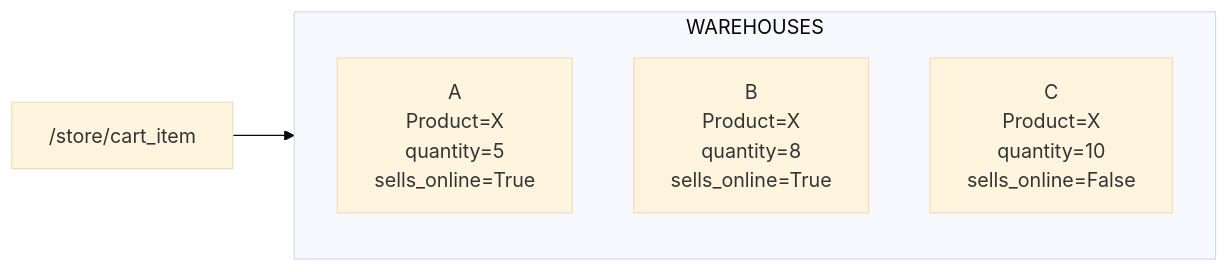
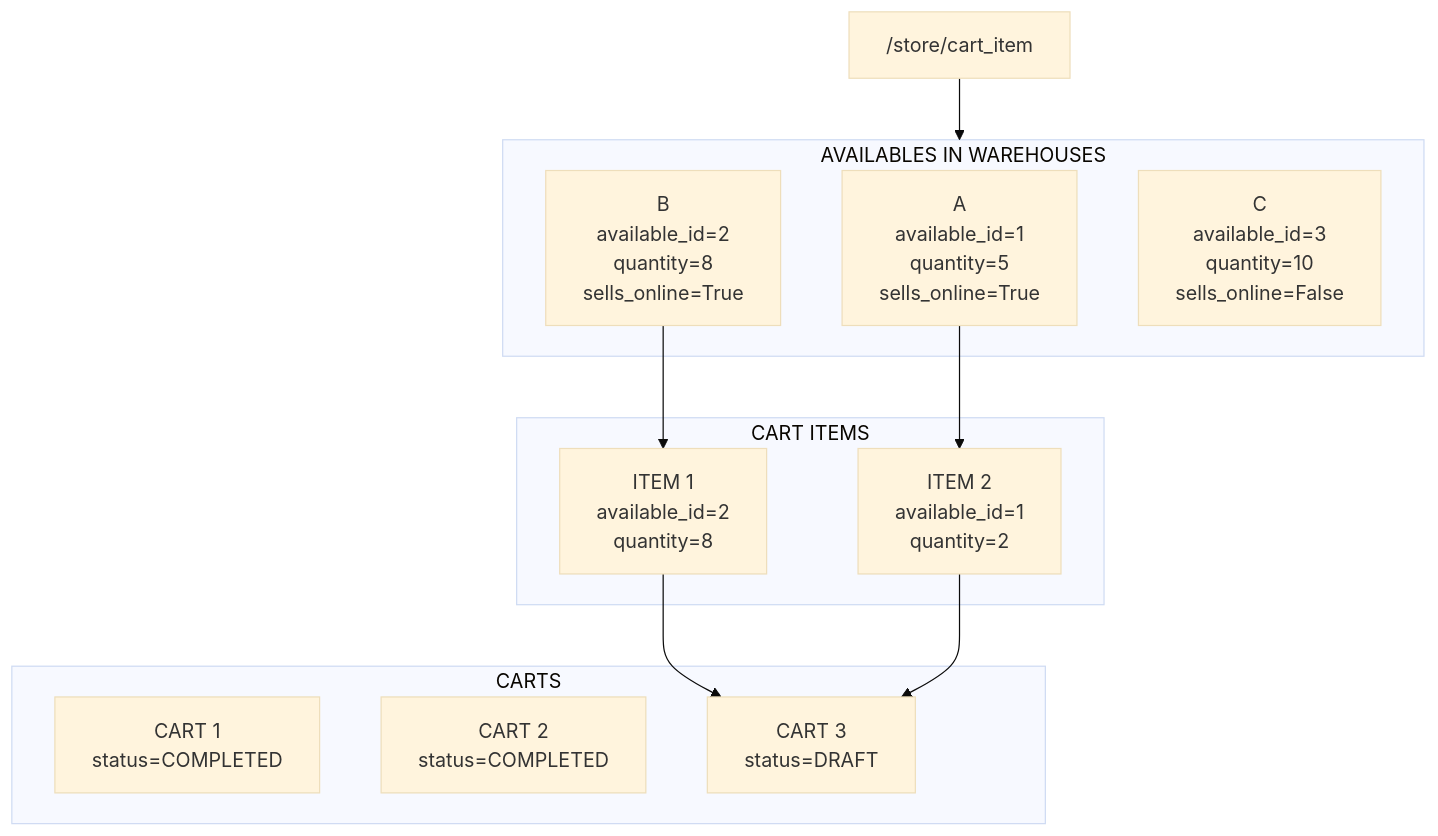
The fourth of 4 diagrams in testing/store.md (DanielValenzuelaPerez/mermaid-demo), drawn with Mermaid (base theme) before and after one commit. The commit also changed other lines of this file, not shown here.

````diff
--- a/testing/store.md
+++ b/testing/store.md
@@ -78,11 +96,27 @@
 ```mermaid
-graph LR
+graph TD
     endpoint["/store/cart_item"]-->WAREHOUSES
 
-    subgraph WAREHOUSES
-        A[A<br>Product=X<br>quantity=5<br>sells_online=True]
-        B[B<br>Product=X<br>quantity=8<br>sells_online=True]
-        C[C<br>Product=X<br>quantity=10<br>sells_online=False]
+    subgraph WAREHOUSES["AVAILABLES IN WAREHOUSES"]
+        A[A<br>available_id=1<br>quantity=5<br>sells_online=True]
+        B[B<br>available_id=2<br>quantity=8<br>sells_online=True]
+        C[C<br>available_id=3<br>quantity=10<br>sells_online=False]
     end
 
+    subgraph CART_ITEMS["CART ITEMS"]
+        I_1["ITEM 1"<br>available_id=2<br>quantity=8]
+        I_2["ITEM 2"<br>available_id=1<br>quantity=2]
+    end
+
+    A-->I_2
+    B-->I_1
+
+    subgraph CARTS
+        C_1["CART 1"<br>status=COMPLETED]
+        C_2["CART 2"<br>status=COMPLETED]
+        C_3["CART 3"<br>status=DRAFT]
+    end
+
+    I_1 --> C_3
+    I_2 --> C_3
 ```
````
